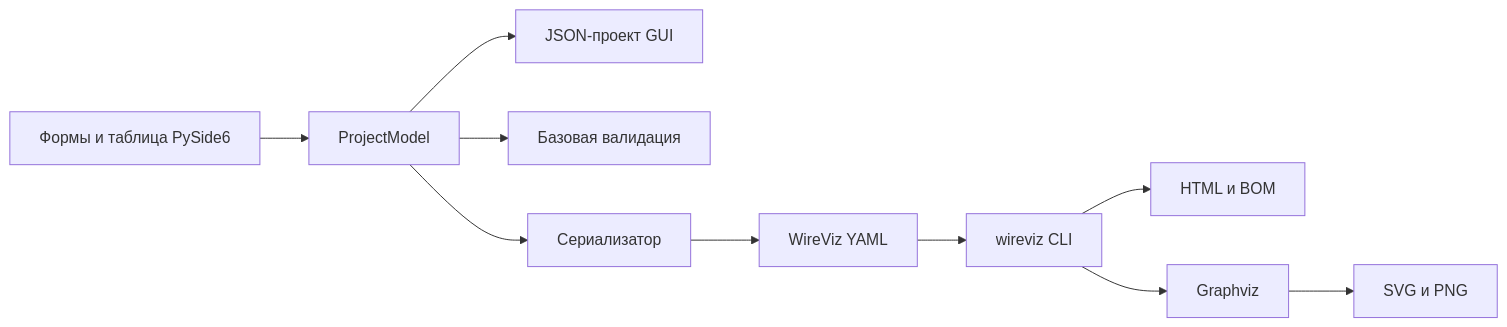
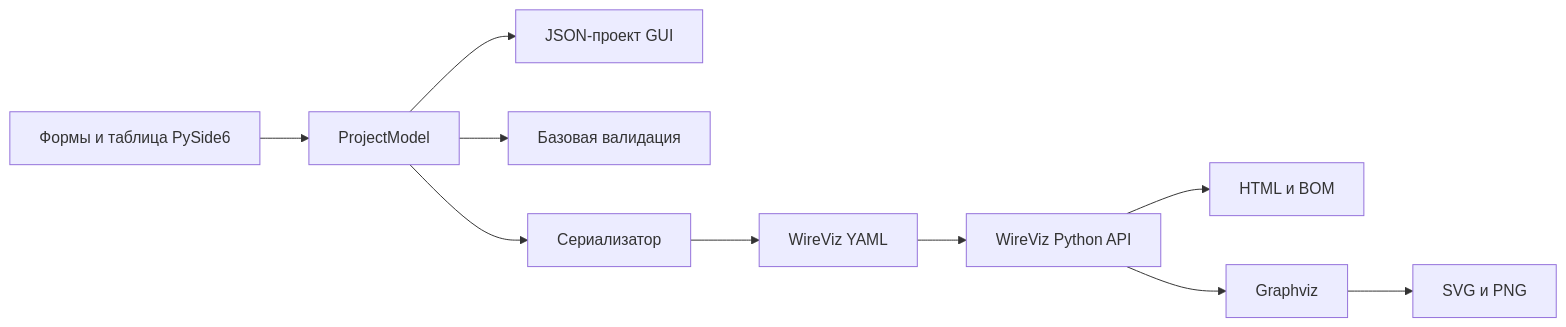
One commit to esolotin/wirewizard_gui changed the diagram in README.md. Above: the diagram before and after it, drawn with Mermaid. The commit also changed other lines of this file and 4 other files, not shown here.

````diff
--- a/README.md
+++ b/README.md
@@ -41,12 +41,12 @@
 ```mermaid
 flowchart LR
     A["Формы и таблица PySide6"] --> B["ProjectModel"]
     B --> C["JSON-проект GUI"]
     B --> D["Базовая валидация"]
     B --> E["Сериализатор"]
     E --> F["WireViz YAML"]
-    F --> G["wireviz CLI"]
+    F --> G["WireViz Python API"]
     G --> H["HTML и BOM"]
     G --> I["Graphviz"]
     I --> J["SVG и PNG"]
 ```
````
